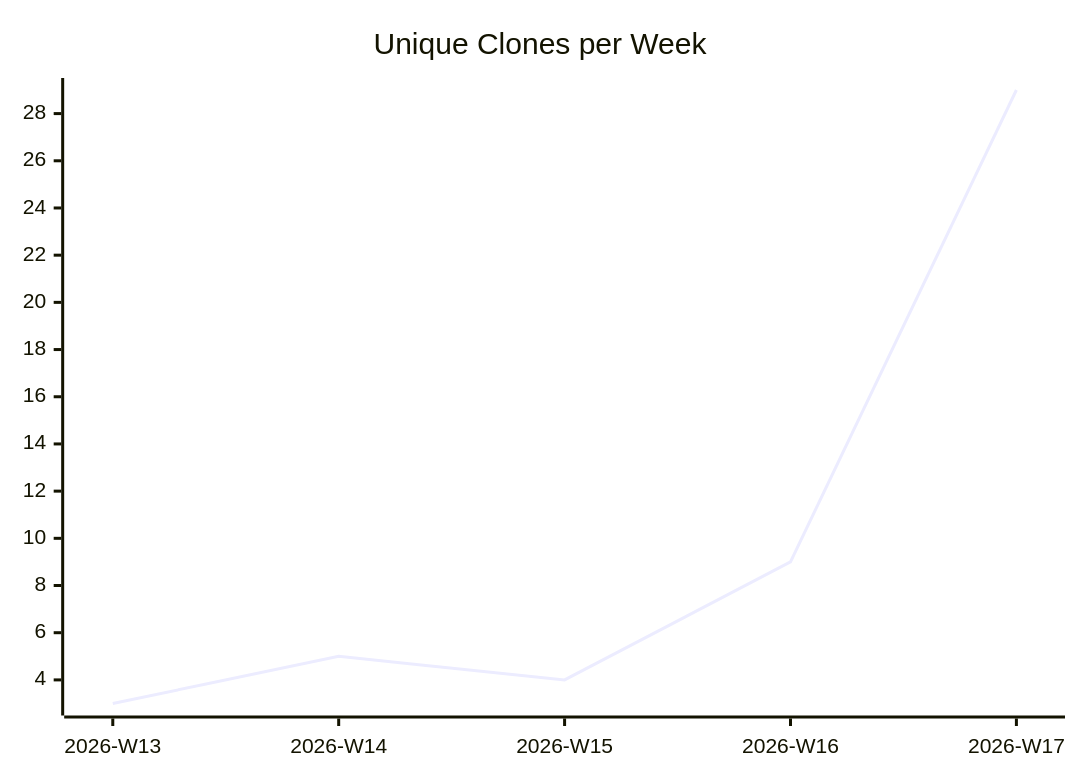
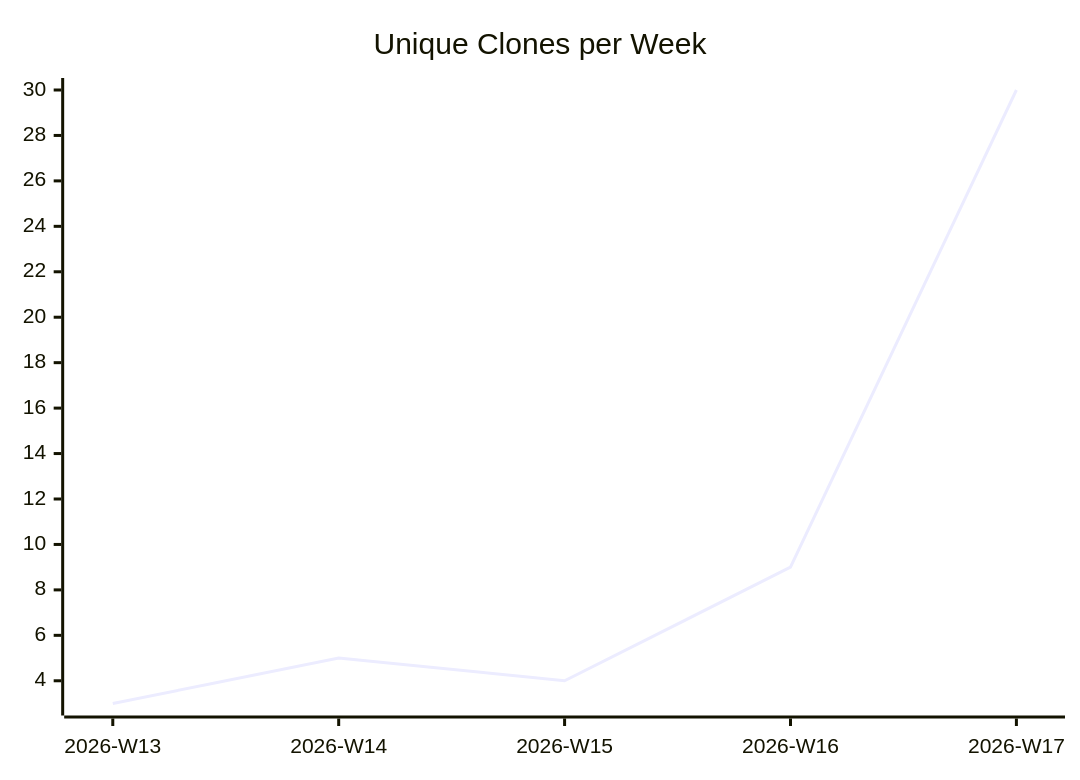
One commit to justdavis-family/github-analytics-data changed the third of 3 diagrams in karlmdavis/dotfiles/README.md. Above: the diagram before and after it, drawn with Mermaid. The commit also changed other lines of this file and 185 other files, not shown here.

````diff
--- a/karlmdavis/dotfiles/README.md
+++ b/karlmdavis/dotfiles/README.md
@@ -19,6 +19,6 @@
 ```mermaid
 xychart-beta
   title "Unique Clones per Week"
   x-axis ["2026-W13", "2026-W14", "2026-W15", "2026-W16", "2026-W17"]
-  line [3, 5, 4, 9, 29]
+  line [3, 5, 4, 9, 30]
 ```
````
